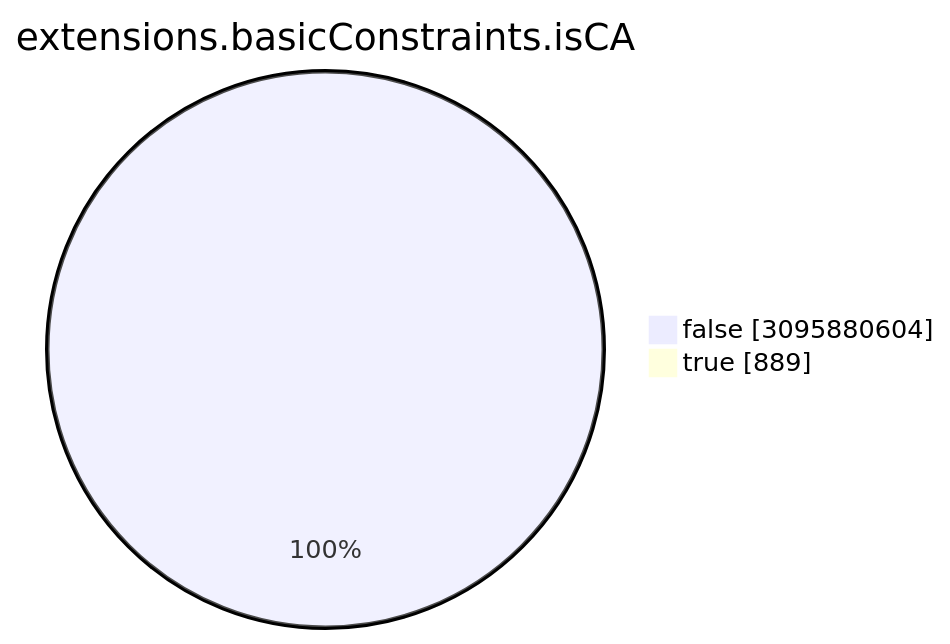
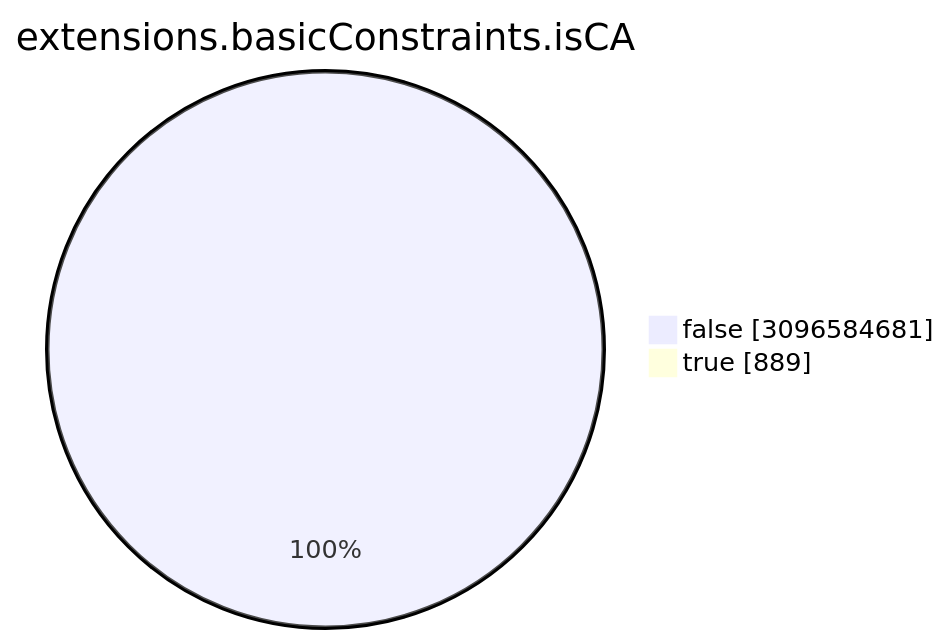
Before and after one commit to christiankrug/ctmonitor_visualization: the seventh of 15 diagrams in TOTAL/README.md, drawn with Mermaid. The commit also changed other lines of this file, not shown here.

````diff
--- a/TOTAL/README.md
+++ b/TOTAL/README.md
@@ -3088,6 +3088,6 @@
 ```mermaid
 pie showData
 title extensions.basicConstraints.isCA
-"false" :3095880604
+"false" :3096584681
 "true" :889
 ```
````
